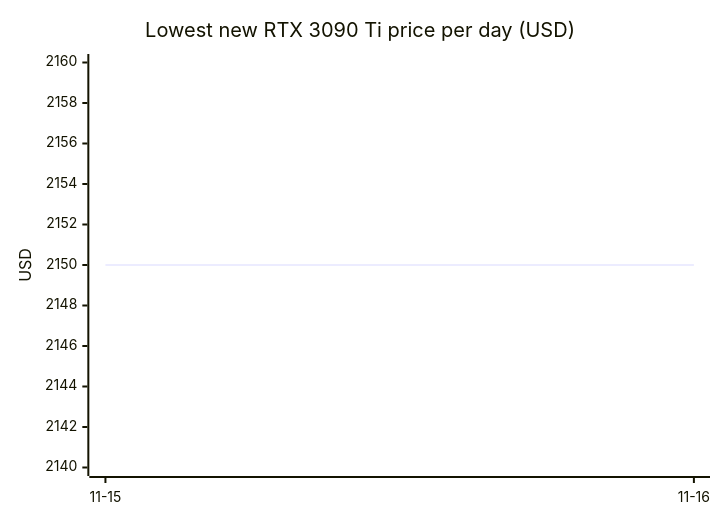
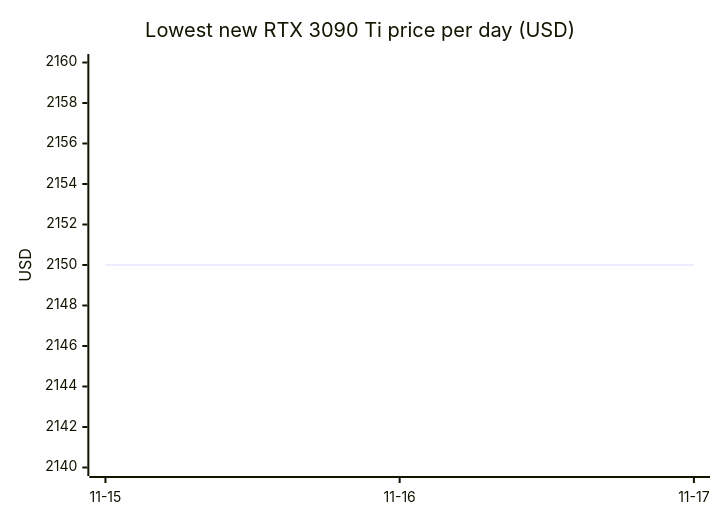
The eighth of 18 diagrams in README.md (7324136828/4tb_ssd_price_watch), drawn with Mermaid before and after one commit. The commit also changed other lines of this file, not shown here.

````diff
--- a/README.md
+++ b/README.md
@@ -427,7 +441,7 @@
 ```mermaid
 xychart-beta
     title "Lowest new RTX 3090 Ti price per day (USD)"
-    x-axis ["11-15", "11-16"]
+    x-axis ["11-15", "11-16", "11-17"]
     y-axis "USD" 2140 --> 2160
-    line [2150.00, 2150.00]
+    line [2150.00, 2150.00, 2150.00]
 ```
````
